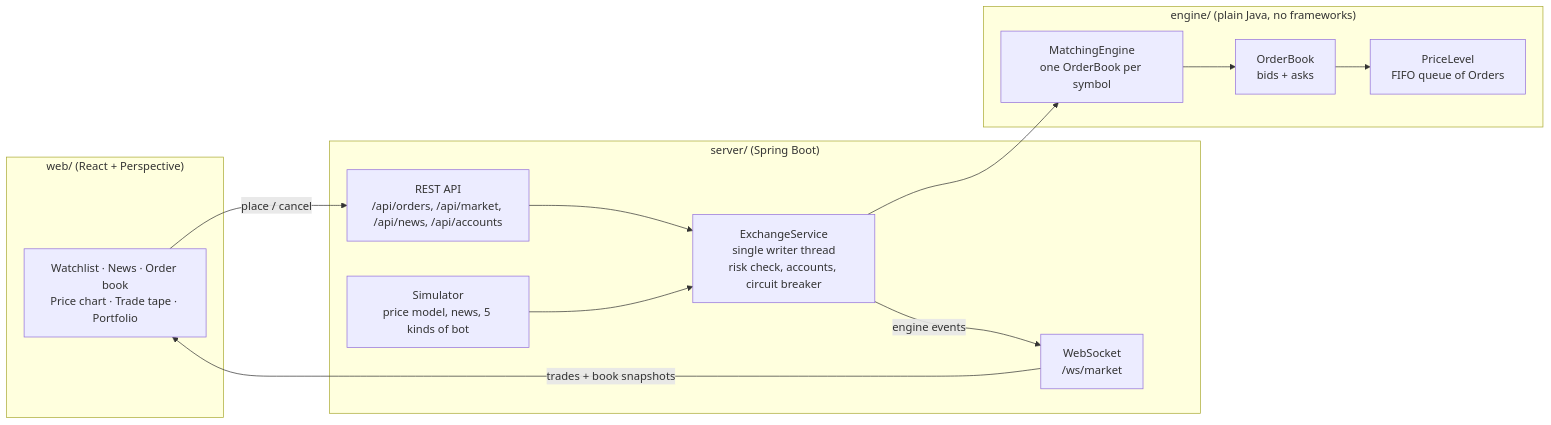
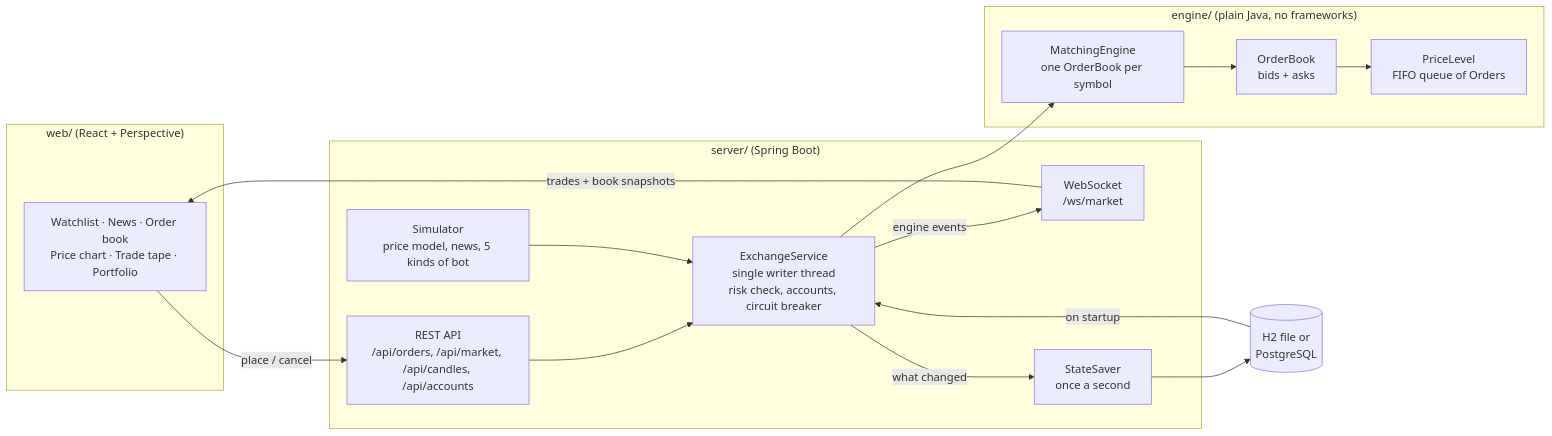
One commit to MannanHanda/clyde-exchange changed the diagram in README.md. Above: the diagram before and after it, drawn with Mermaid. The commit also changed other lines of this file and 39 other files, not shown here.

````diff
--- a/README.md
+++ b/README.md
@@ -15,27 +17,32 @@
 ```mermaid
 flowchart LR
     subgraph web["web/ (React + Perspective)"]
         UI["Watchlist · News · Order book<br/>Price chart · Trade tape · Portfolio"]
     end
 
     subgraph server["server/ (Spring Boot)"]
-        REST["REST API<br/>/api/orders, /api/market, /api/news, /api/accounts"]
+        REST["REST API<br/>/api/orders, /api/market, /api/candles, /api/accounts"]
         WS["WebSocket<br/>/ws/market"]
         BOTS["Simulator<br/>price model, news, 5 kinds of bot"]
         SVC["ExchangeService<br/>single writer thread<br/>risk check, accounts, circuit breaker"]
+        SAVE["StateSaver<br/>once a second"]
     end
+
+    DB[("H2 file or<br/>PostgreSQL")]
 
     subgraph engine["engine/ (plain Java, no frameworks)"]
         ME["MatchingEngine<br/>one OrderBook per symbol"]
         OB["OrderBook<br/>bids + asks"]
         PL["PriceLevel<br/>FIFO queue of Orders"]
     end
 
     UI -- "place / cancel" --> REST
     WS -- "trades + book snapshots" --> UI
     REST --> SVC
     BOTS --> SVC
     SVC --> ME
     ME --> OB --> PL
     SVC -- "engine events" --> WS
+    SVC -- "what changed" --> SAVE --> DB
+    DB -- "on startup" --> SVC
 ```
````
